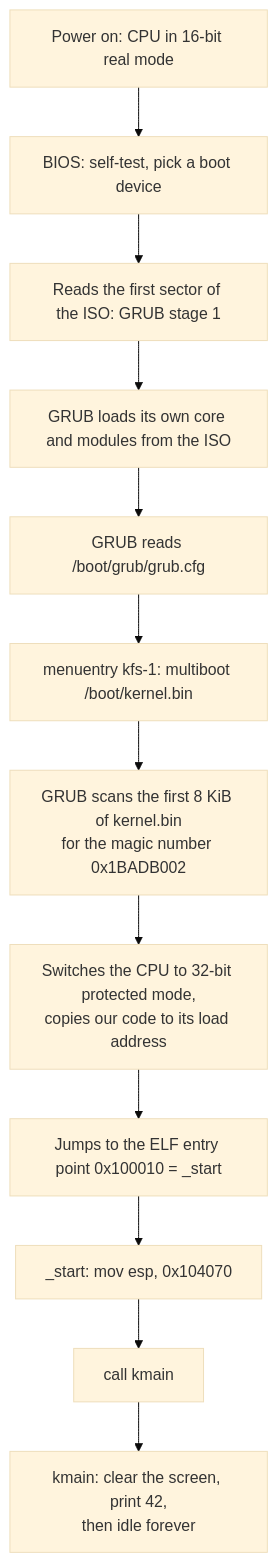
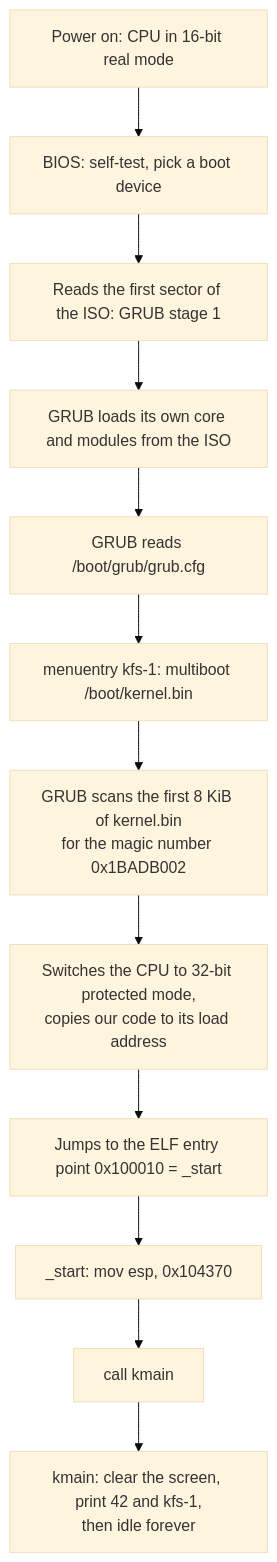
The diagram in docs/ARCHITECTURE.md (suiramdev/42-kfs), drawn with Mermaid (base theme) before and after one commit. The commit also changed other lines of this file and 4 other files, not shown here.

````diff
--- a/docs/ARCHITECTURE.md
+++ b/docs/ARCHITECTURE.md
@@ -60,14 +62,14 @@
 ```mermaid
 graph TD
     A[Power on: CPU in 16-bit real mode] --> B[BIOS: self-test, pick a boot device]
     B --> C[Reads the first sector of the ISO: GRUB stage 1]
     C --> D[GRUB loads its own core and modules from the ISO]
     D --> E[GRUB reads /boot/grub/grub.cfg]
     E --> F[menuentry kfs-1: multiboot /boot/kernel.bin]
     F --> G[GRUB scans the first 8 KiB of kernel.bin<br/>for the magic number 0x1BADB002]
     G --> H[Switches the CPU to 32-bit protected mode,<br/>copies our code to its load address]
     H --> I[Jumps to the ELF entry point 0x100010 = _start]
-    I --> J[_start: mov esp, 0x104070]
+    I --> J[_start: mov esp, 0x104370]
     J --> K[call kmain]
-    K --> L[kmain: clear the screen, print 42,<br/>then idle forever]
+    K --> L[kmain: clear the screen, print 42 and kfs-1,<br/>then idle forever]
 ```
````
